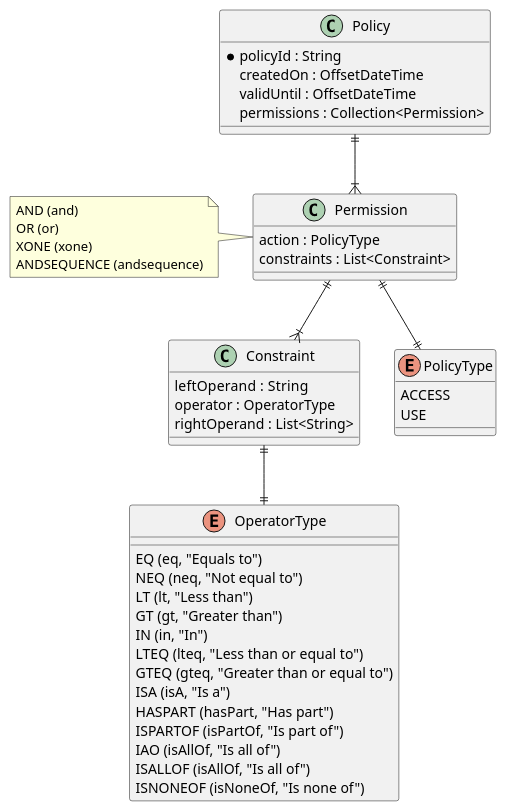
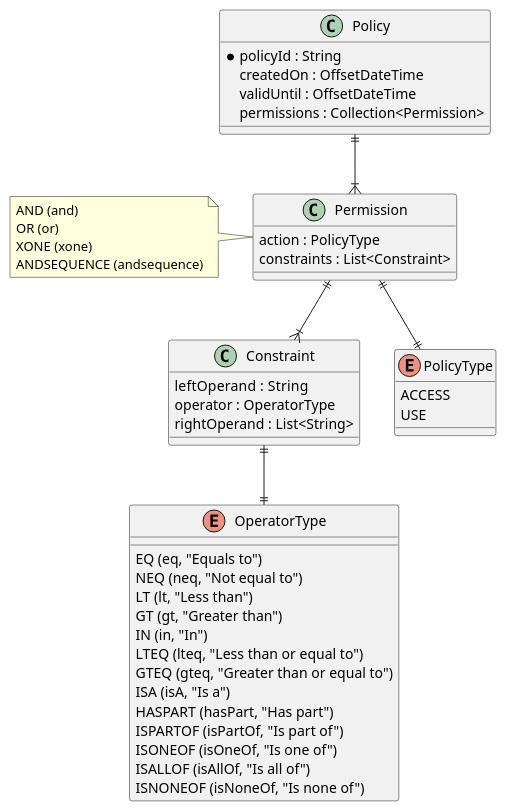
Before and after one commit to eclipse-tractusx/item-relationship-service: the diagram in docs/src/uml-diagrams/policy-store/policy-store-model.puml, drawn with PlantUML. The commit also changed 7 other files, not shown here.

Commit message:
chore(uml):[TRI-1519] reduce some complexity

```diff
--- a/docs/src/uml-diagrams/policy-store/policy-store-model.puml
+++ b/docs/src/uml-diagrams/policy-store/policy-store-model.puml
@@ -1,72 +1,72 @@
 @startuml
 'https://plantuml.com/class-diagram
 
 'https://www.w3.org/TR/odrl-model/'
 
 class Policy {
     * policyId : String
     createdOn : OffsetDateTime
     validUntil : OffsetDateTime
     permissions : Collection<Permission>
 }
 
 class Permission {
     action : PolicyType
     constraints : List<Constraint>
 }
 
 note left
     AND (and)
     OR (or)
     XONE (xone)
     ANDSEQUENCE (andsequence)
 end note
 
 class Constraint {
      leftOperand  : String
      operator : OperatorType
      rightOperand : List<String>
 }
 
 'https://www.w3.org/TR/odrl-vocab/#constraintRelationalOperators'
 enum OperatorType {
     EQ (eq, "Equals to")
     NEQ (neq, "Not equal to")
     LT (lt, "Less than")
     GT (gt, "Greater than")
     IN (in, "In")
     LTEQ (lteq, "Less than or equal to")
     GTEQ (gteq, "Greater than or equal to")
     ISA (isA, "Is a")
     HASPART (hasPart, "Has part")
     ISPARTOF (isPartOf, "Is part of")
-    IAO (isAllOf, "Is all of")
+    ISONEOF (isOneOf, "Is one of")
     ISALLOF (isAllOf, "Is all of")
     ISNONEOF (isNoneOf, "Is none of")
 }
 
 '"@id": "http://www.w3.org/ns/odrl/2/gt"'
 '"@id": "http://www.w3.org/ns/odrl/2/gteq"'
 '"@id": "http://www.w3.org/ns/odrl/2/isPartOf"'
 '"@id": "http://www.w3.org/ns/odrl/2/hasPart"'
 '"@id": "http://www.w3.org/ns/odrl/2/isAnyOf"'
 '"@id": "http://www.w3.org/ns/odrl/2/lteq"'
 '"@id": "http://www.w3.org/ns/odrl/2/eq"'
 '"@id": "http://www.w3.org/ns/odrl/2/neq"'
 '"@id": "http://www.w3.org/ns/odrl/2/isNoneOf"'
 '"@id": "http://www.w3.org/ns/odrl/2/lt"'
 '"@id": "http://www.w3.org/ns/odrl/2/isAllOf"'
 '"@id": "http://www.w3.org/ns/odrl/2/isA"'
 
 enum PolicyType {
     ACCESS
     USE
 }
 
 
 
 Policy ||--|{  Permission
 Permission ||--|| PolicyType
 Permission ||--|{  Constraint
 Constraint ||--|| OperatorType
 @enduml
```
